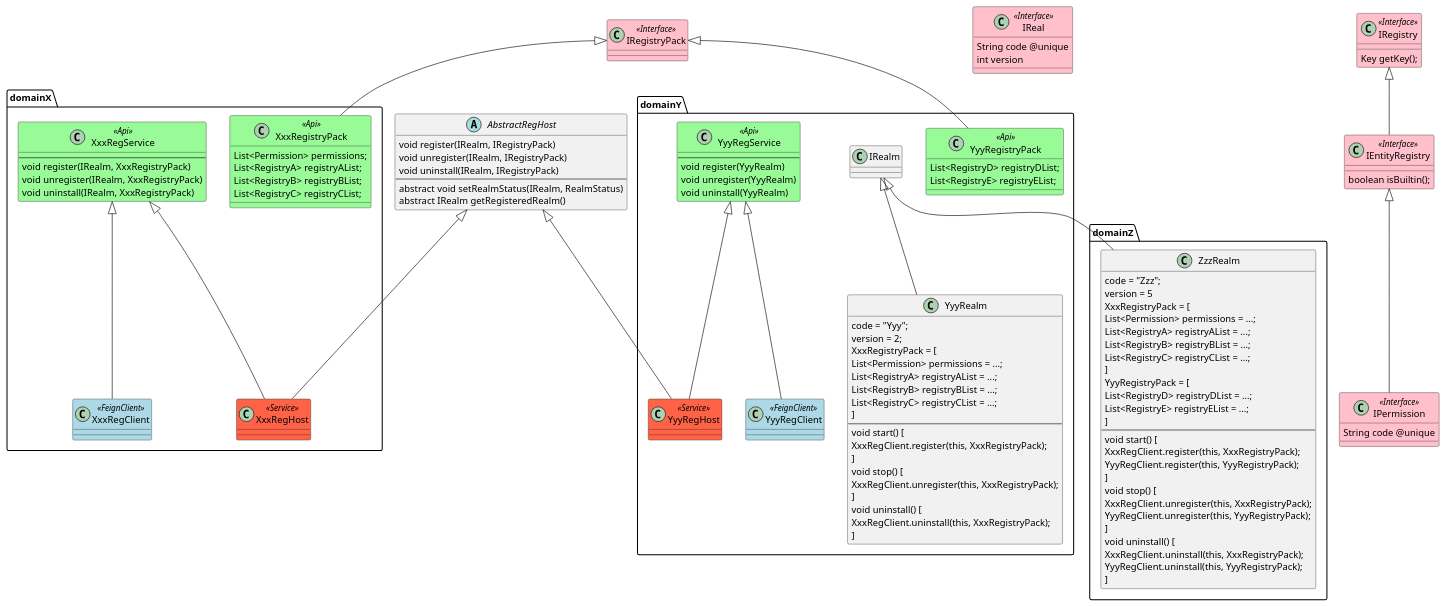
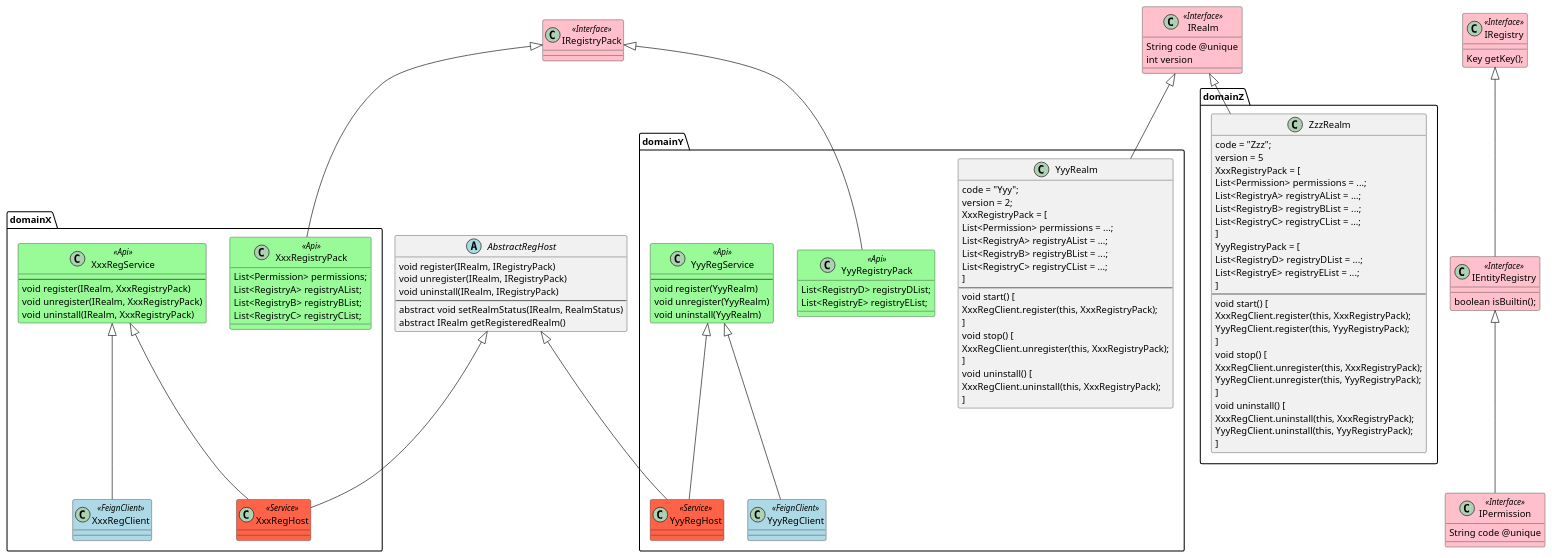
Before and after one commit to hank-cp/skr: the diagram in docs/class_registry.puml, drawn with PlantUML. The commit also changed 8 other files, not shown here.

```diff
--- a/docs/class_registry.puml
+++ b/docs/class_registry.puml
@@ -1,149 +1,149 @@
 @startuml
 
 skinparam class {
     BackgroundColor<<Interface>> Pink
 	BackgroundColor<<Api>> PaleGreen
 	BackgroundColor<<Service>> Tomato
     BackgroundColor<<FeignClient>> LightBlue
 }
 
 abstract class AbstractRegHost {
     void register(IRealm, IRegistryPack)
     void unregister(IRealm, IRegistryPack)
     void uninstall(IRealm, IRegistryPack)
     --
     abstract void setRealmStatus(IRealm, RealmStatus)
     abstract IRealm getRegisteredRealm()
 }
 
-class IReal <<Interface>> {
+class IRealm <<Interface>> {
     String code @unique
     int version
 }
 
 class IRegistryPack <<Interface>> {
 }
 
 class IRegistry <<Interface>> {
     Key getKey();
 }
 
 class IEntityRegistry <<Interface>> {
     boolean isBuiltin();
 }
 
 class IPermission <<Interface>> {
     String code @unique
 }
 
 IRegistry <|-- IEntityRegistry
 IEntityRegistry <|-- IPermission
 
 package "domainX" {
     class XxxRegistryPack <<Api>> {
         List<Permission> permissions;
         List<RegistryA> registryAList;
         List<RegistryB> registryBList;
         List<RegistryC> registryCList;
     }
 
     class XxxRegService <<Api>> {
         --
         void register(IRealm, XxxRegistryPack)
         void unregister(IRealm, XxxRegistryPack)
         void uninstall(IRealm, XxxRegistryPack)
     }
 
     class XxxRegHost <<Service>> {
     }
 
     class XxxRegClient <<FeignClient>> {
     }
 
     IRegistryPack <|-- XxxRegistryPack
     XxxRegService <|-- XxxRegHost
     XxxRegService <|-- XxxRegClient
     AbstractRegHost <|-- XxxRegHost
 }
 
 package "domainY" {
     class YyyRealm {
         code = "Yyy";
         version = 2;
         XxxRegistryPack = [
             List<Permission> permissions = ...;
             List<RegistryA> registryAList = ...;
             List<RegistryB> registryBList = ...;
             List<RegistryC> registryCList = ...;
         ]
         ----
         void start() [
             XxxRegClient.register(this, XxxRegistryPack);
         ]
         void stop() [
             XxxRegClient.unregister(this, XxxRegistryPack);
         ]
         void uninstall() [
             XxxRegClient.uninstall(this, XxxRegistryPack);
         ]
     }
 
     class YyyRegistryPack <<Api>> {
         List<RegistryD> registryDList;
         List<RegistryE> registryEList;
     }
 
     class YyyRegService <<Api>> {
         --
         void register(YyyRealm)
         void unregister(YyyRealm)
         void uninstall(YyyRealm)
     }
 
     class YyyRegHost <<Service>> {
     }
 
     class YyyRegClient <<FeignClient>> {
     }
 
     IRealm <|-- YyyRealm
     IRegistryPack <|-- YyyRegistryPack
     YyyRegService <|-- YyyRegHost
     YyyRegService <|-- YyyRegClient
     AbstractRegHost <|-- YyyRegHost
 }
 
 
 package "domainZ" {
     class ZzzRealm {
         code = "Zzz";
         version = 5
         XxxRegistryPack = [
             List<Permission> permissions = ...;
             List<RegistryA> registryAList = ...;
             List<RegistryB> registryBList = ...;
             List<RegistryC> registryCList = ...;
         ]
         YyyRegistryPack = [
             List<RegistryD> registryDList = ...;
             List<RegistryE> registryEList = ...;
         ]
         ----
         void start() [
             XxxRegClient.register(this, XxxRegistryPack);
             YyyRegClient.register(this, YyyRegistryPack);
         ]
         void stop() [
             XxxRegClient.unregister(this, XxxRegistryPack);
             YyyRegClient.unregister(this, YyyRegistryPack);
         ]
         void uninstall() [
             XxxRegClient.uninstall(this, XxxRegistryPack);
             YyyRegClient.uninstall(this, YyyRegistryPack);
         ]
     }
 
     IRealm <|-- ZzzRealm
 }
 
 @enduml
```
